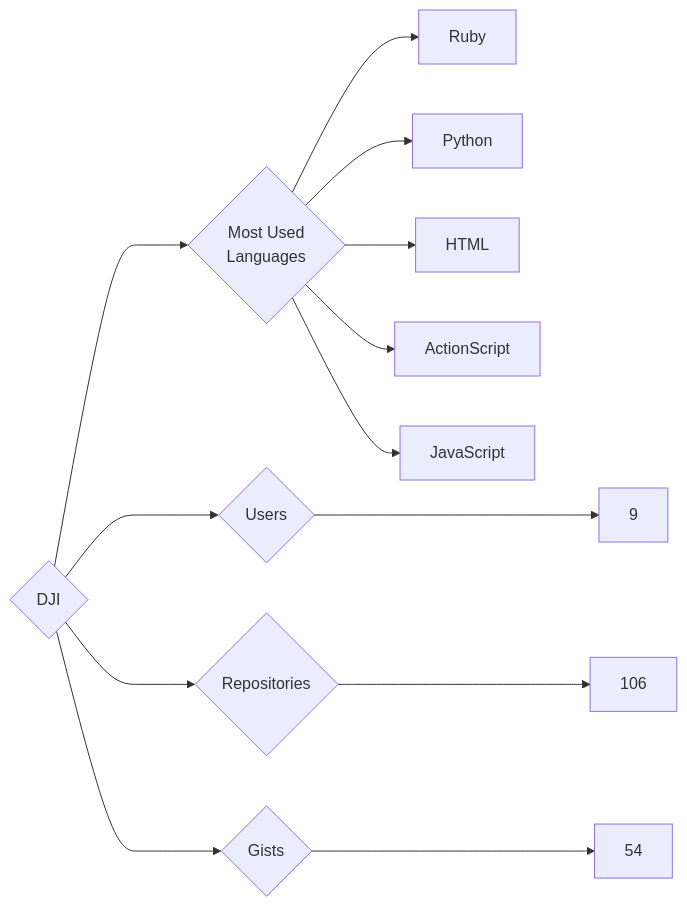
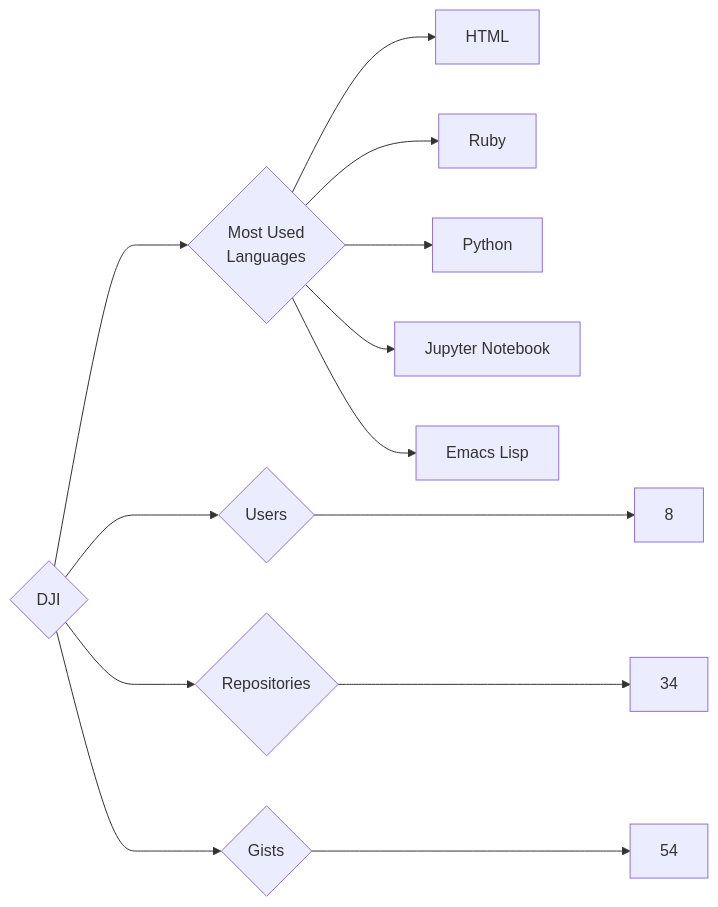
One commit to trickest/insiders changed the diagram in targets/DJI/README.md. Above: the diagram before and after it, drawn with Mermaid. The commit also changed 1084 other files, not shown here.

````diff
--- a/targets/DJI/README.md
+++ b/targets/DJI/README.md
@@ -3,13 +3,13 @@
 ```mermaid
 graph LR
 COMPANY_NAME{DJI}
-COMPANY_NAME ---> U{Users} ---> UN[9]
-COMPANY_NAME ---> R{Repositories} ---> RN[106]
+COMPANY_NAME ---> U{Users} ---> UN[8]
+COMPANY_NAME ---> R{Repositories} ---> RN[34]
 COMPANY_NAME ---> G{Gists} ---> GN[54]
 COMPANY_NAME ---> ML{Most Used<br>Languages}
+ML --> HTML[HTML]
 ML --> Ruby[Ruby]
 ML --> Python[Python]
-ML --> HTML[HTML]
-ML --> ActionScript[ActionScript]
-ML --> JavaScript[JavaScript]
+ML --> Jupyter_Notebook[Jupyter Notebook]
+ML --> Emacs_Lisp[Emacs Lisp]
 ```
````
